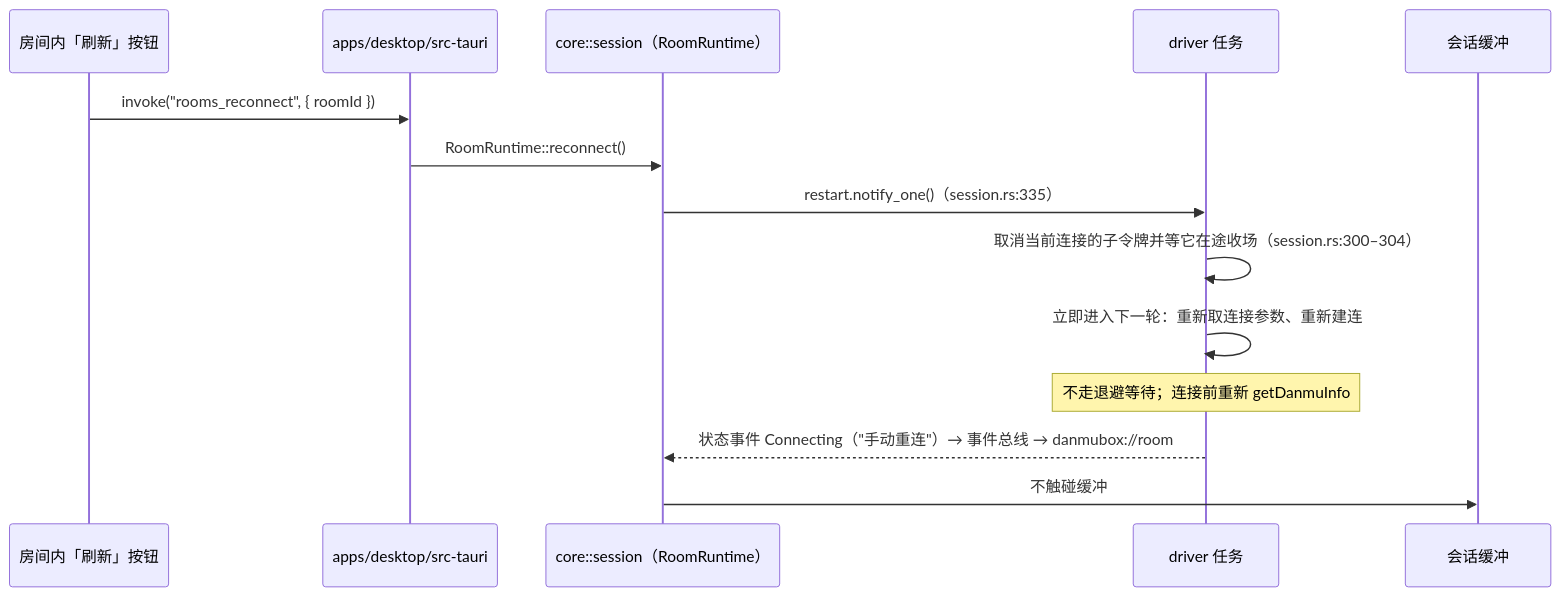
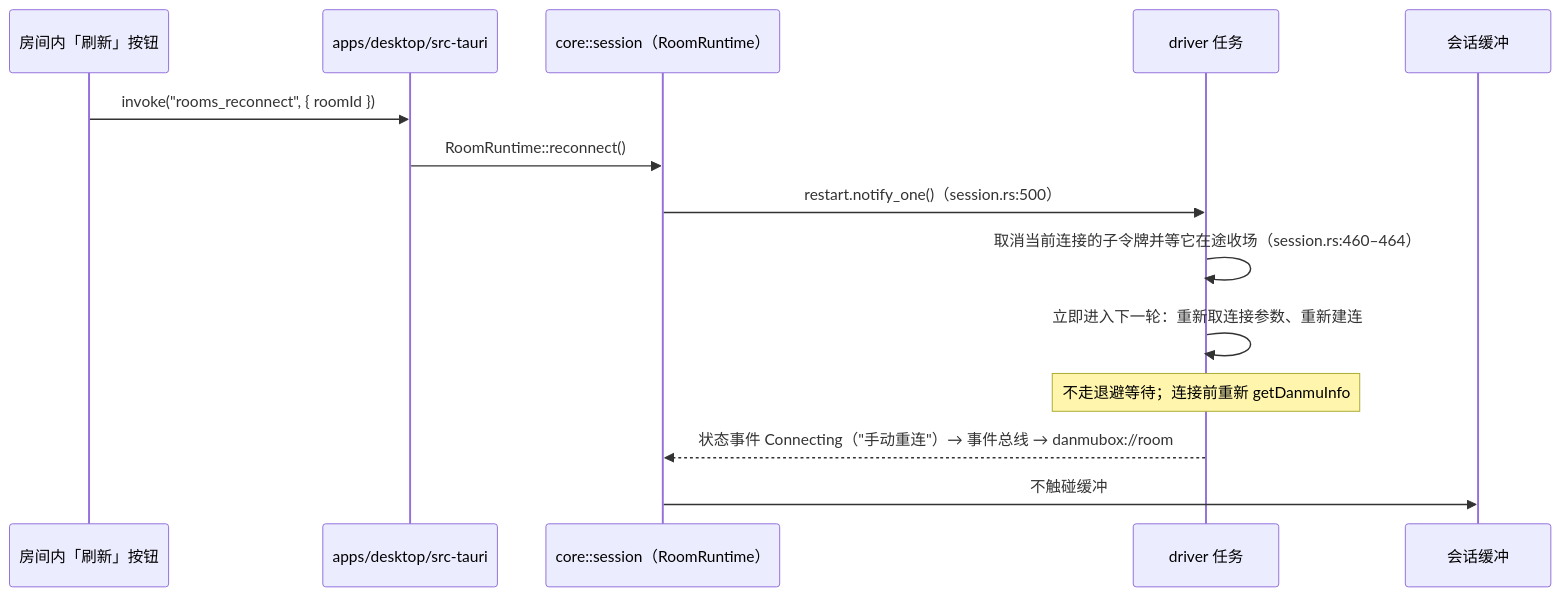
The fourth of 6 diagrams in docs/architecture.md (HakaseZ/danmubox), drawn with Mermaid before and after one commit. The commit also changed other lines of this file and 20 other files, not shown here.

````diff
--- a/docs/architecture.md
+++ b/docs/architecture.md
@@ -240,16 +240,16 @@
 ```mermaid
 sequenceDiagram
   participant U as 房间内「刷新」按钮
   participant C as apps/desktop/src-tauri
   participant S as core::session（RoomRuntime）
   participant D as driver 任务
   participant B as 会话缓冲
   U->>C: invoke("rooms_reconnect", { roomId })
   C->>S: RoomRuntime::reconnect()
-  S->>D: restart.notify_one()（session.rs:335）
-  D->>D: 取消当前连接的子令牌并等它在途收场（session.rs:300–304）
+  S->>D: restart.notify_one()（session.rs:500）
+  D->>D: 取消当前连接的子令牌并等它在途收场（session.rs:460–464）
   D->>D: 立即进入下一轮：重新取连接参数、重新建连
   Note over D: 不走退避等待；连接前重新 getDanmuInfo
   D-->>S: 状态事件 Connecting（"手动重连"）→ 事件总线 → danmubox://room
   S->>B: 不触碰缓冲
 ```
````
